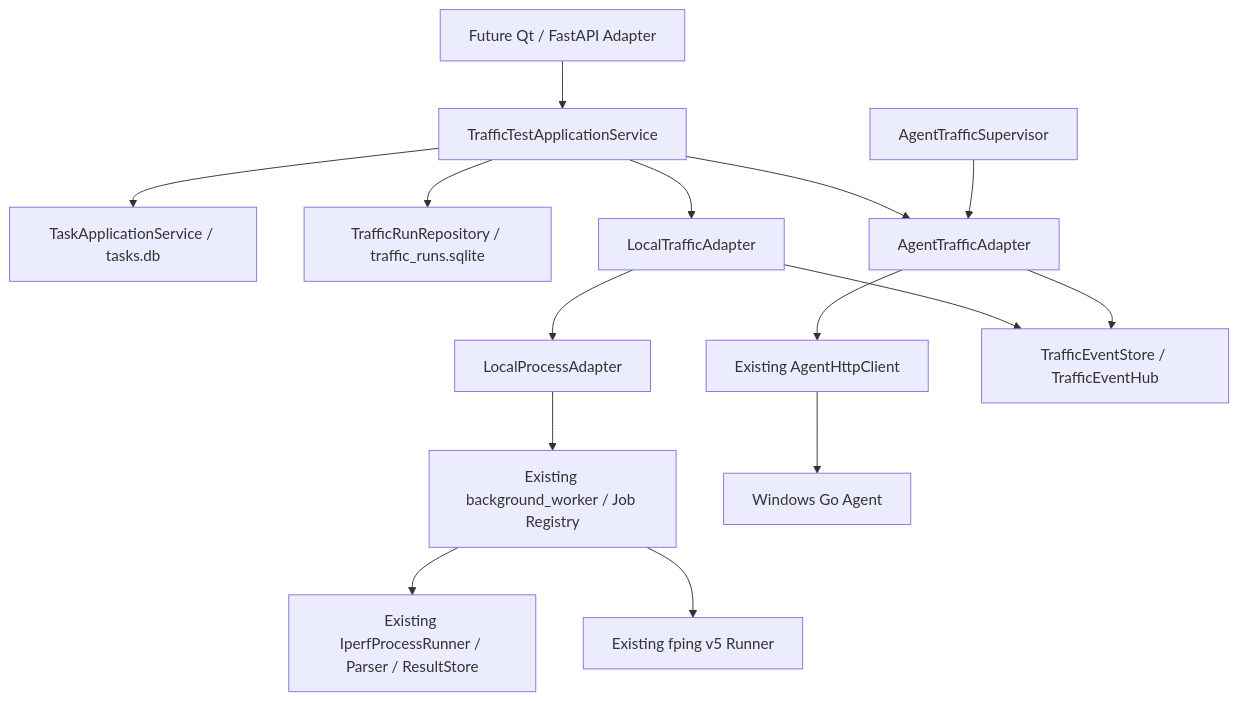
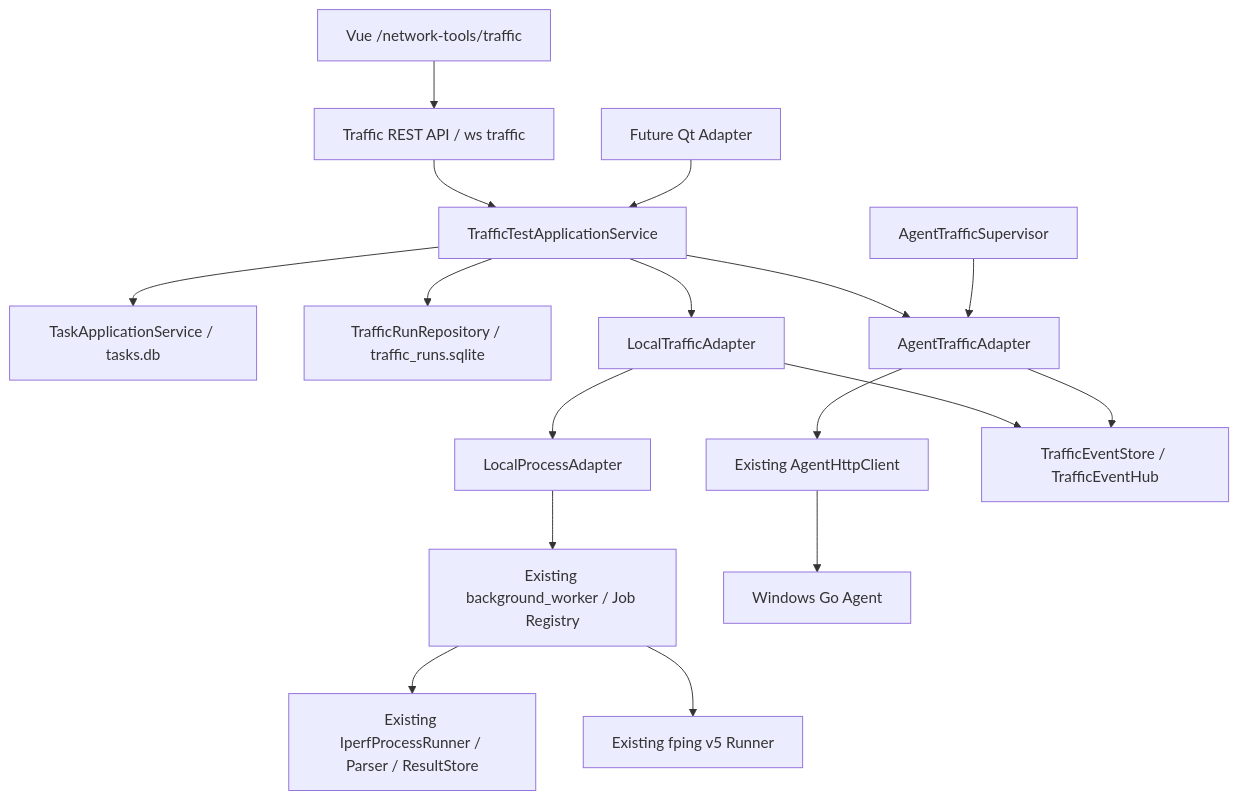
Before and after one commit to wxj183589/NetConsole: the diagram in docs/TRAFFIC_TEST_ARCHITECTURE.md, drawn with Mermaid. The commit also changed other lines of this file and 25 other files, not shown here.

````diff
--- a/docs/TRAFFIC_TEST_ARCHITECTURE.md
+++ b/docs/TRAFFIC_TEST_ARCHITECTURE.md
@@ -15,17 +15,19 @@
 ```mermaid
 flowchart TD
-    CALLER["Future Qt / FastAPI Adapter"] --> APP["TrafficTestApplicationService"]
+    WEB["Vue /network-tools/traffic"] --> API["Traffic REST API / ws traffic"]
+    API --> APP["TrafficTestApplicationService"]
+    CALLER["Future Qt Adapter"] --> APP
     APP --> TASK["TaskApplicationService / tasks.db"]
     APP --> RUNS["TrafficRunRepository / traffic_runs.sqlite"]
     APP --> LOCAL["LocalTrafficAdapter"]
     APP --> REMOTE["AgentTrafficAdapter"]
     LOCAL --> HOST["LocalProcessAdapter"]
     HOST --> WORKER["Existing background_worker / Job Registry"]
     WORKER --> IRUN["Existing IperfProcessRunner / Parser / ResultStore"]
     WORKER --> FPING["Existing fping v5 Runner"]
     REMOTE --> CLIENT["Existing AgentHttpClient"]
     CLIENT --> AGENT["Windows Go Agent"]
     SUP["AgentTrafficSupervisor"] --> REMOTE
     LOCAL --> EVENTS["TrafficEventStore / TrafficEventHub"]
     REMOTE --> EVENTS
 ```
````
